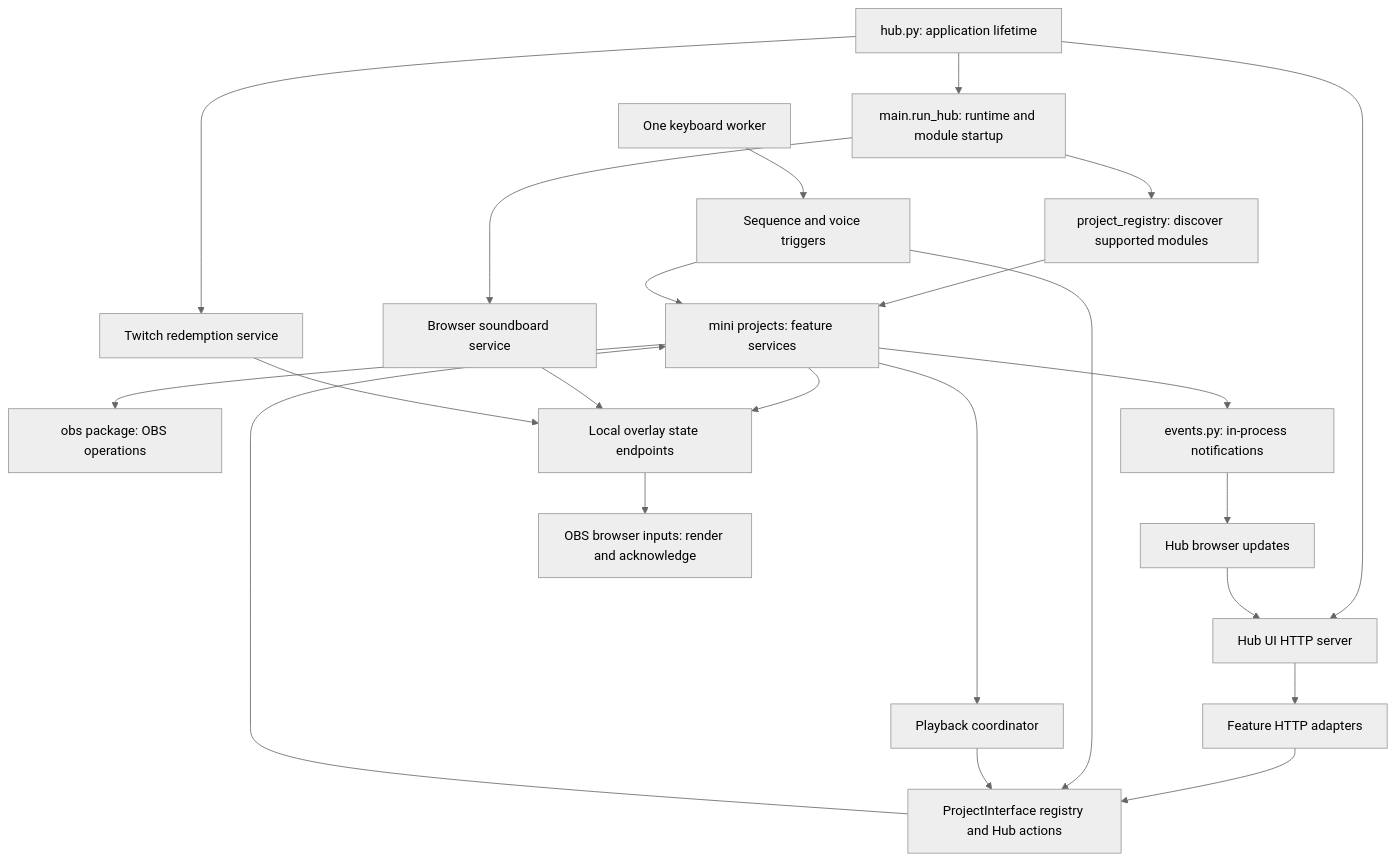
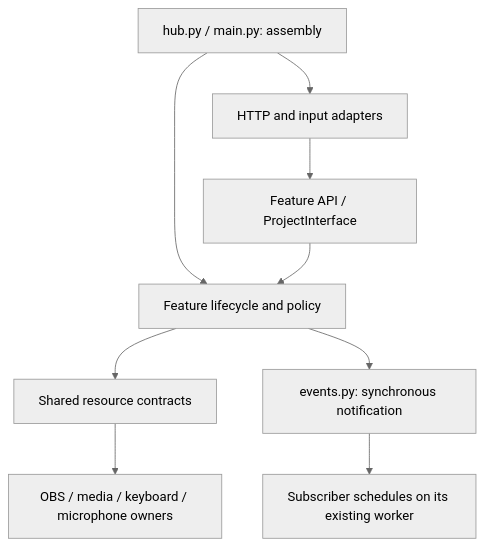
Before and after one commit to AvianTheFly/StreamingOBSMiniProjects: the first of 2 diagrams in docs/ARCHITECTURE.md, drawn with Mermaid (neutral theme). The commit also changed other lines of this file and 8 other files, not shown here.

Commit message:
Clarify Hub control flow and strengthen architecture boundary enforcement

````diff
--- a/docs/ARCHITECTURE.md
+++ b/docs/ARCHITECTURE.md
@@ -10,25 +35,11 @@
 ```mermaid
 flowchart TD
-    Launcher[hub.py: application lifetime] --> Runner[main.run_hub: runtime and module startup]
-    Runner --> Discovery[project_registry: discover supported modules]
-    Discovery --> Modules[mini projects: feature services]
-    Launcher --> UI[Hub UI HTTP server]
-    Launcher --> Rewards[Twitch redemption service]
-    Runner --> Effects[Browser soundboard service]
-    UI --> Routes[Feature HTTP adapters]
-    Routes --> Interfaces[ProjectInterface registry and Hub actions]
-    Interfaces --> Modules
-    Keyboard[One keyboard worker] --> Triggers[Sequence and voice triggers]
-    Triggers --> Interfaces
-    Triggers --> Modules
-    Modules --> Coordinator[Playback coordinator]
-    Coordinator --> Interfaces
-    Modules --> OBS[obs package: OBS operations]
-    Modules --> Events[events.py: in-process notifications]
-    Events --> Updates[Hub browser updates]
-    Updates --> UI
-    Modules --> Overlays[Local overlay state endpoints]
-    Effects --> Overlays
-    Rewards --> Overlays
-    Overlays --> Browser[OBS browser inputs: render and acknowledge]
+    Hub[hub.py / main.py: assembly] --> Feature[Feature lifecycle and policy]
+    Hub --> HTTP[HTTP and input adapters]
+    HTTP --> Public[Feature API / ProjectInterface]
+    Public --> Feature
+    Feature --> Shared[Shared resource contracts]
+    Shared --> Transport[OBS / media / keyboard / microphone owners]
+    Feature --> Events[events.py: synchronous notification]
+    Events --> Subscriber[Subscriber schedules on its existing worker]
 ```
````
